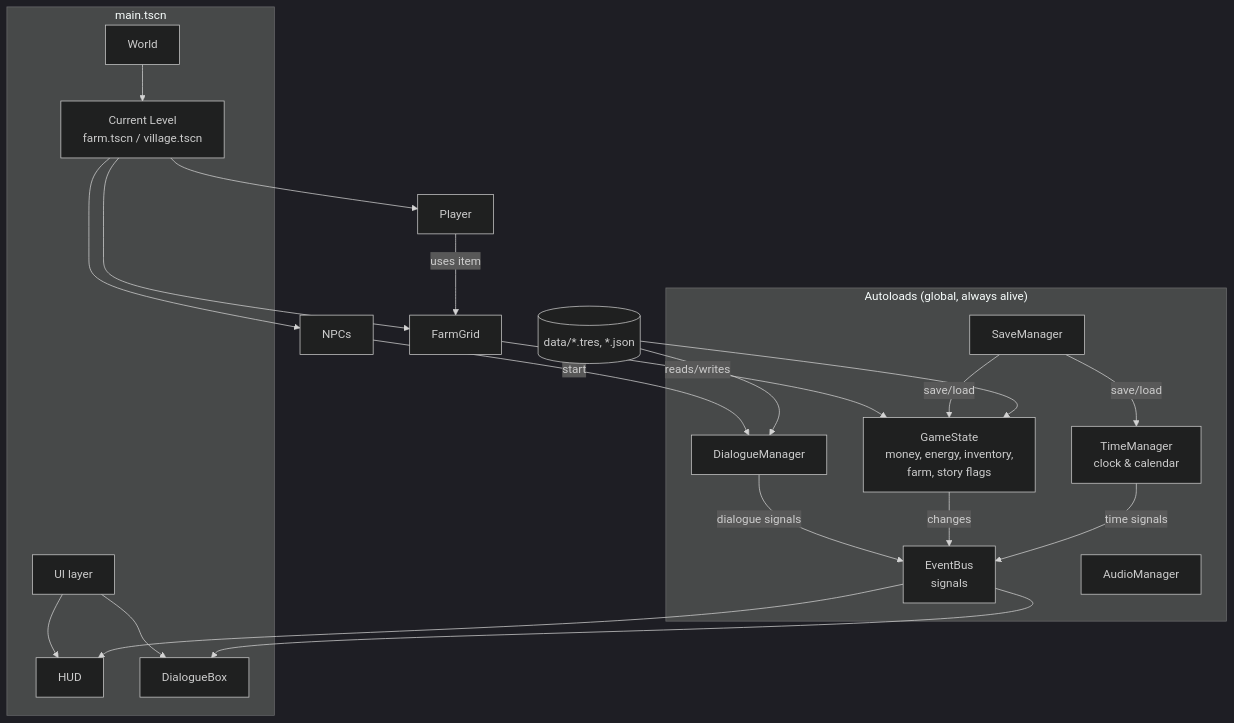
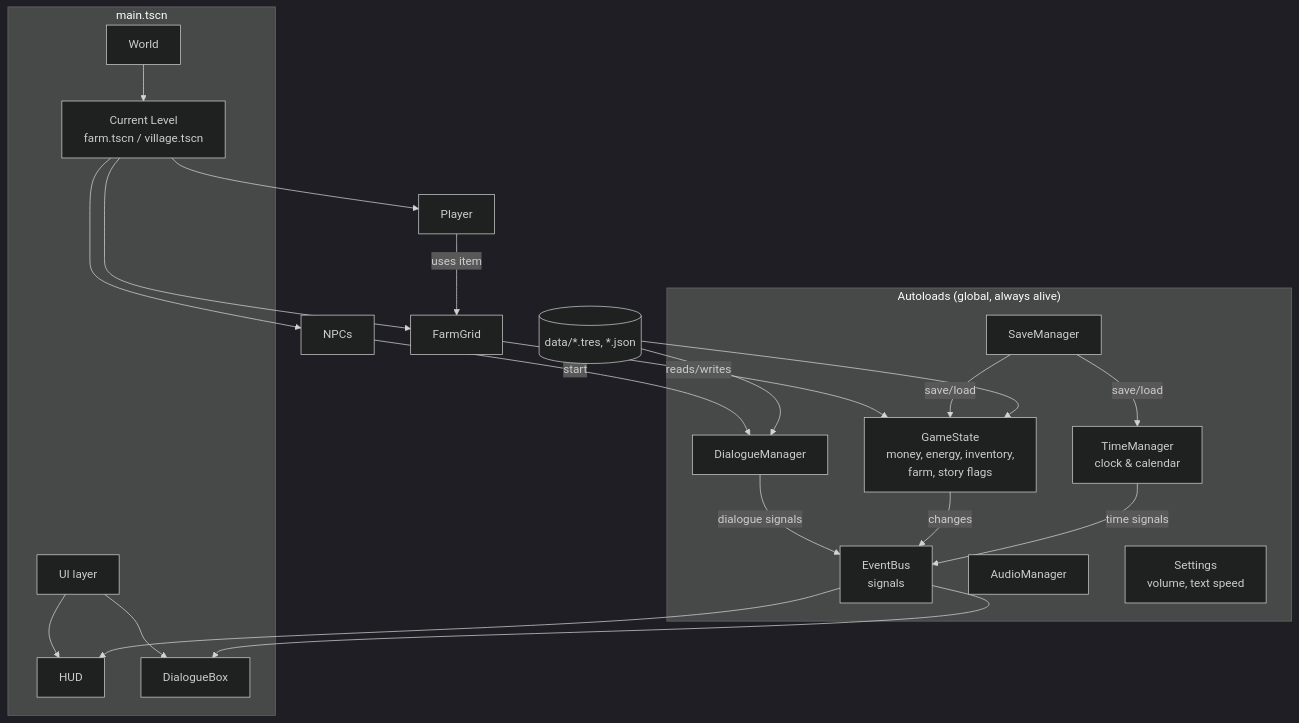
One commit to zigeorge/future-land changed the diagram in docs/ARCHITECTURE.md. Above: the diagram before and after it, drawn with Mermaid (dark theme). The commit also changed other lines of this file and 11 other files, not shown here.

````diff
--- a/docs/ARCHITECTURE.md
+++ b/docs/ARCHITECTURE.md
@@ -11,34 +11,35 @@
 ```mermaid
 flowchart TD
     subgraph Autoloads["Autoloads (global, always alive)"]
         EB[EventBus<br/>signals]
         TM[TimeManager<br/>clock & calendar]
         GS[GameState<br/>money, energy, inventory,<br/>farm, story flags]
         DM[DialogueManager]
         AM[AudioManager]
+        ST[Settings<br/>volume, text speed]
         SM[SaveManager]
     end
 
     subgraph Main["main.tscn"]
         W[World] --> L[Current Level<br/>farm.tscn / village.tscn]
         UI[UI layer] --> HUD
         UI --> DB[DialogueBox]
     end
 
     L --> P[Player]
     L --> N[NPCs]
     L --> FG[FarmGrid]
 
     P -- uses item --> FG
     FG -- reads/writes --> GS
     N -- start --> DM
     DM -- dialogue signals --> EB
     GS -- changes --> EB
     TM -- time signals --> EB
     EB --> HUD
     EB --> DB
     SM -- save/load --> GS
     SM -- save/load --> TM
     Data[(data/*.tres, *.json)] --> GS
     Data --> DM
 ```
````
